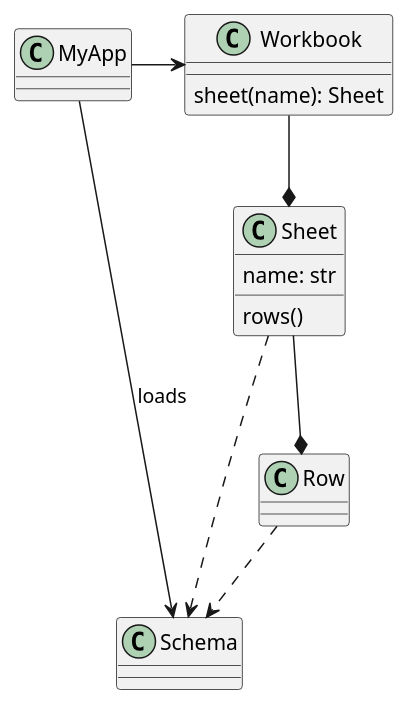
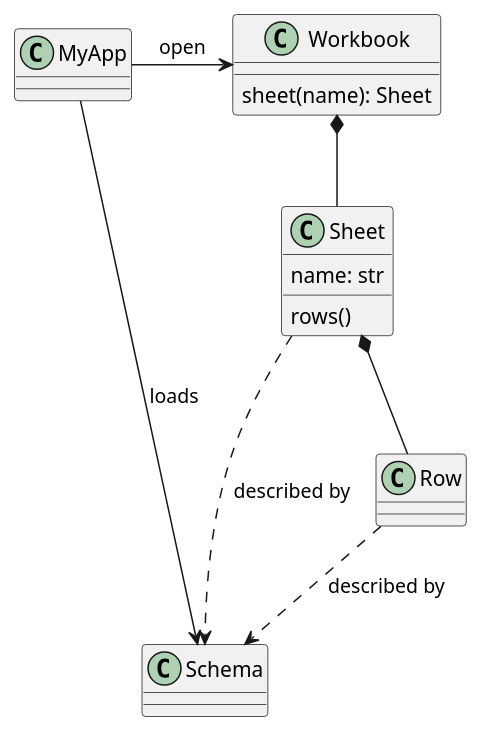
Before and after one commit to slott56/Stingray-Reader: the first of 3 diagrams in docs/source/developer.rst, drawn with PlantUML. The commit also changed other lines of this file and 299 other files, not shown here.

```diff
--- a/docs/source/developer.rst
+++ b/docs/source/developer.rst
@@ -80,26 +76,26 @@
 ..  uml::
 
     @startuml
 
     class Workbook {
         sheet(name): Sheet
     }
     class Sheet {
         name: str
         rows()
     }
     class Row
 
-    Workbook --* Sheet
-    Sheet --* Row
+    Workbook *-- Sheet
+    Sheet *-- Row
 
     class Schema
 
-    Sheet ..> Schema
-    Row ..> Schema
+    Sheet ..> Schema : "described by"
+    Row ..> Schema : "described by"
 
     class MyApp
 
     MyApp -> Schema : "loads"
-    MyApp -> Workbook
+    MyApp -> Workbook : "open"
     @enduml
```
